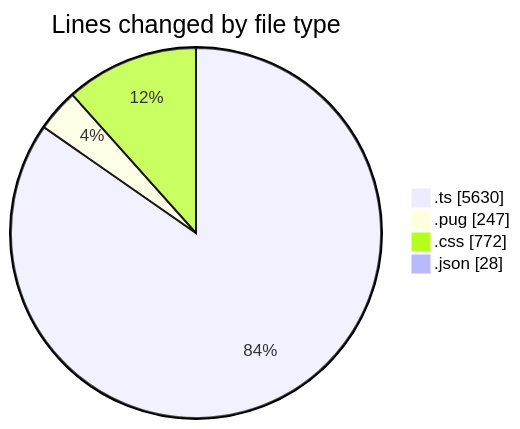
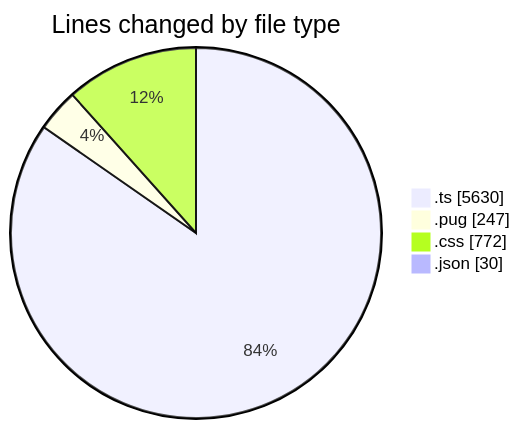
Before and after one commit to momahboobian/code-tracking: the first of 2 diagrams in 2025-10-31/cda/README.md, drawn with Mermaid. The commit also changed other lines of this file and 1 other file, not shown here.

````diff
--- a/2025-10-31/cda/README.md
+++ b/2025-10-31/cda/README.md
@@ -31,8 +31,8 @@
 ```mermaid
 pie showData
 title Lines changed by file type
 ".ts" : 5630
 ".pug" : 247
 ".css" : 772
-".json" : 28
+".json" : 30
 ```
````
